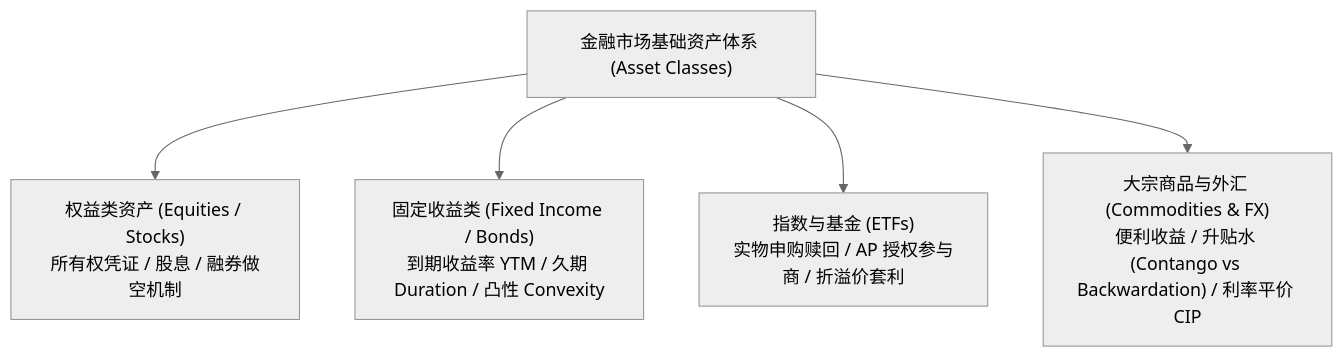
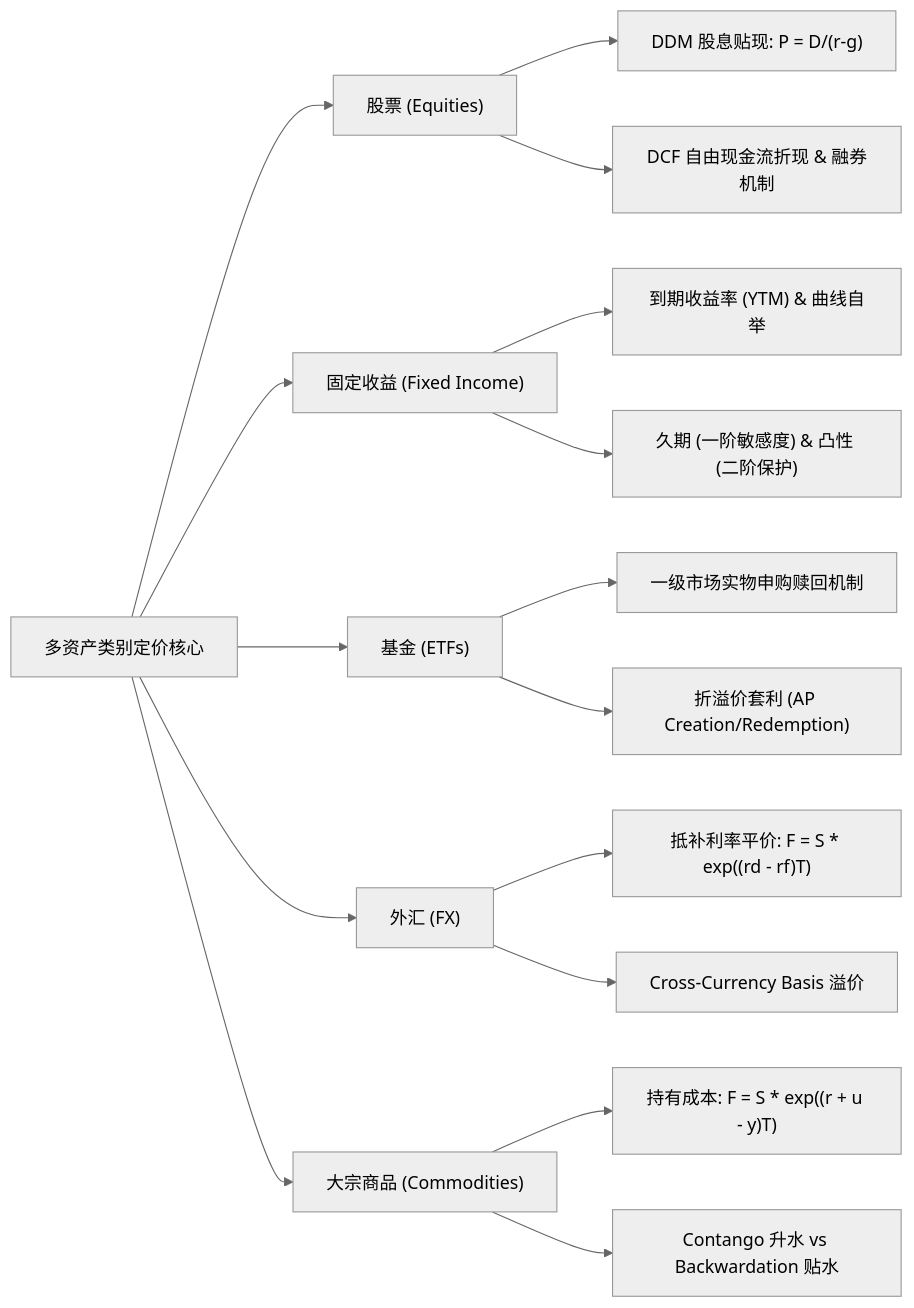
One commit to CurryTang/MLSYS_tutorial changed the second of 4 diagrams in notes/quant/Quant14 Financial Markets Asset Classes and Portfolio Theory.md. Above: the diagram before and after it, drawn with Mermaid (neutral theme). The commit also changed other lines of this file and 3 other files, not shown here.

Commit message:
docs(quant): expand Quant 14 to textbook-grade masterclass covering microstructure, asset classes, AMM, derivatives, and portfolio theory

````diff
--- a/notes/quant/Quant14 Financial Markets Asset Classes and Portfolio Theory.md
+++ b/notes/quant/Quant14 Financial Markets Asset Classes and Portfolio Theory.md
@@ -11,7 +179,23 @@
 ```mermaid
-graph TD
-    A["金融市场基础资产体系 (Asset Classes)"] --> B["权益类资产 (Equities / Stocks)<br/>所有权凭证 / 股息 / 融券做空机制"]
-    A --> C["固定收益类 (Fixed Income / Bonds)<br/>到期收益率 YTM / 久期 Duration / 凸性 Convexity"]
-    A --> D["指数与基金 (ETFs)<br/>实物申购赎回 / AP 授权参与商 / 折溢价套利"]
-    A --> E["大宗商品与外汇 (Commodities & FX)<br/>便利收益 / 升贴水 (Contango vs Backwardation) / 利率平价 CIP"]
+graph LR
+    A["多资产类别定价核心"] --> B["股票 (Equities)"]
+    A --> C["固定收益 (Fixed Income)"]
+    A --> D["基金 (ETFs)"]
+    A --> E["外汇 (FX)"]
+    A --> F["大宗商品 (Commodities)"]
+    
+    B --> B1["DDM 股息贴现: P = D/(r-g)"]
+    B --> B2["DCF 自由现金流折现 & 融券机制"]
+    
+    C --> C1["到期收益率 (YTM) & 曲线自举"]
+    C --> C2["久期 (一阶敏感度) & 凸性 (二阶保护)"]
+    
+    D --> D1["一级市场实物申购赎回机制"]
+    D --> D2["折溢价套利 (AP Creation/Redemption)"]
+    
+    E --> E1["抵补利率平价: F = S * exp((rd - rf)T)"]
+    E --> E2["Cross-Currency Basis 溢价"]
+    
+    F --> F1["持有成本: F = S * exp((r + u - y)T)"]
+    F --> F2["Contango 升水 vs Backwardation 贴水"]
 ```
````
